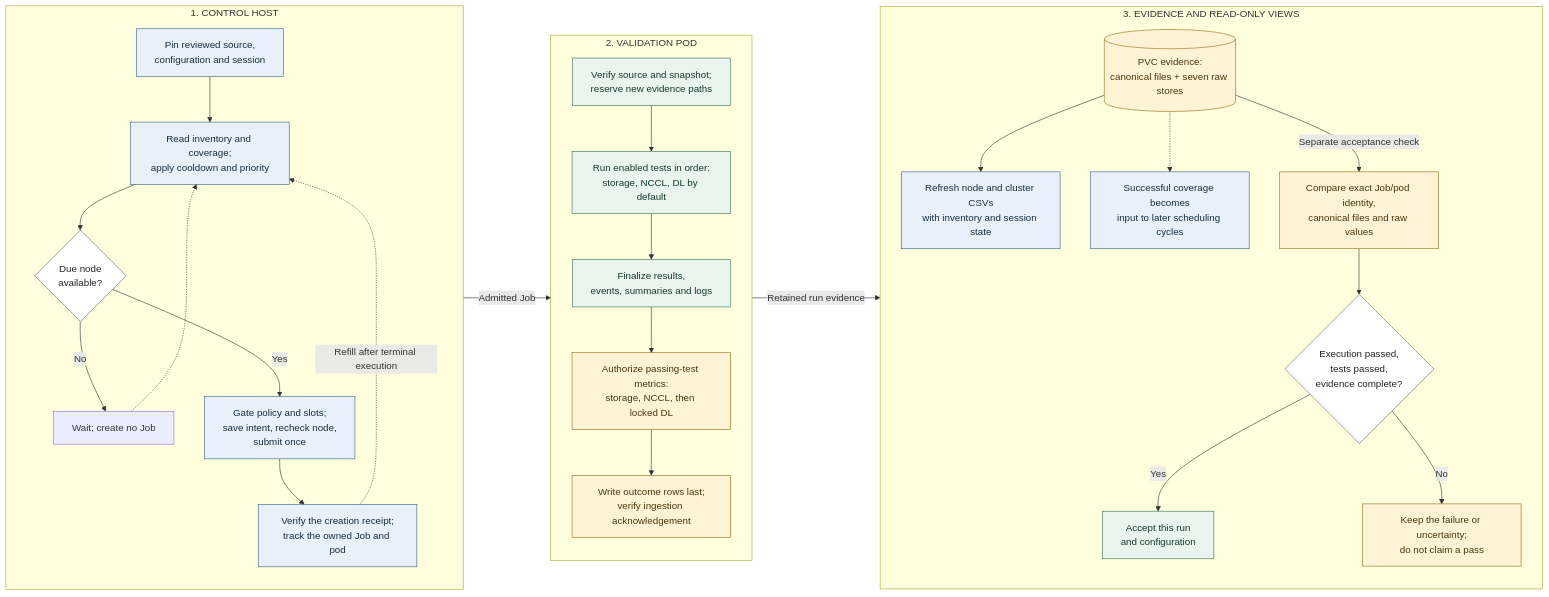
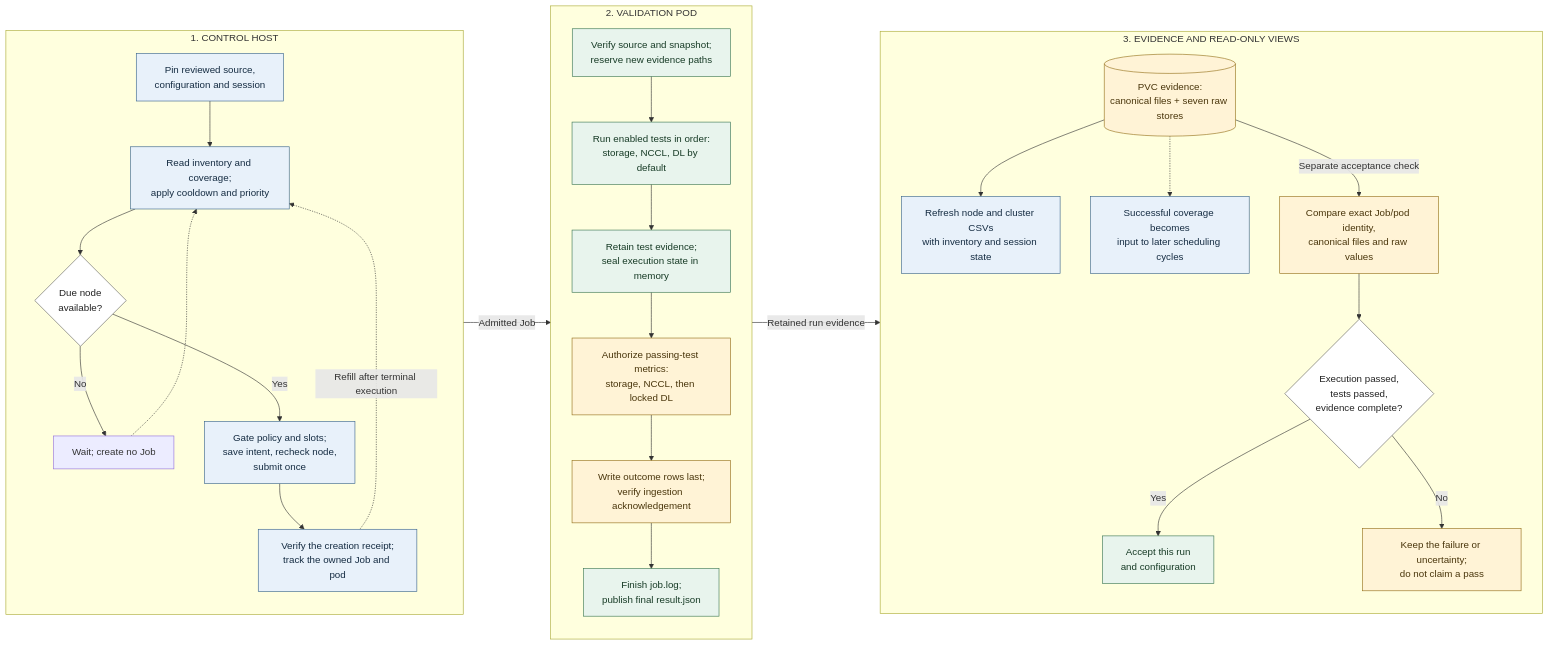
One commit to IamNirmata/c-val changed the first of 3 diagrams in docs/architecture.md. Above: the diagram before and after it, drawn with Mermaid. The commit also changed other lines of this file and 43 other files, not shown here.

Commit message:
Consolidate evidence logs and make test outputs modular

````diff
--- a/docs/architecture.md
+++ b/docs/architecture.md
@@ -22,47 +22,48 @@
 ```mermaid
 flowchart LR
    accTitle: c-val end-to-end process
    accDescr: The control host selects and admits work, a Kubernetes pod runs tests and ingestion, and retained evidence supports reporting and separate exact-run acceptance. Successful coverage feeds later scheduling; terminal tracking alone does not prove acceptance.
 
    subgraph Host["1. CONTROL HOST"]
       direction TB
       Session["Pin reviewed source,<br/>configuration and session"] --> Queue["Read inventory and coverage;<br/>apply cooldown and priority"]
       Queue --> Free{"Due node<br/>available?"}
       Free -->|No| Wait["Wait; create no Job"]
       Wait -.-> Queue
       Free -->|Yes| Admit["Gate policy and slots;<br/>save intent, recheck node,<br/>submit once"]
       Admit --> Track["Verify the creation receipt;<br/>track the owned Job and pod"]
       Track -.->|Refill after terminal execution| Queue
    end
 
    subgraph Pod["2. VALIDATION POD"]
       direction TB
       Bootstrap["Verify source and snapshot;<br/>reserve new evidence paths"] --> Tests["Run enabled tests in order:<br/>storage, NCCL, DL by default"]
-      Tests --> Result["Finalize results,<br/>events, summaries and logs"]
+      Tests --> Result["Retain test evidence;<br/>seal execution state in memory"]
       Result --> Metrics["Authorize passing-test metrics:<br/>storage, NCCL, then locked DL"]
       Metrics --> Outcomes["Write outcome rows last;<br/>verify ingestion acknowledgement"]
+      Outcomes --> Final["Finish job.log;<br/>publish final result.json"]
    end
 
    subgraph Evidence["3. EVIDENCE AND READ-ONLY VIEWS"]
       direction TB
       Raw[("PVC evidence:<br/>canonical files + seven raw stores")]
       Raw --> Report["Refresh node and cluster CSVs<br/>with inventory and session state"]
       Raw -.-> Coverage["Successful coverage becomes<br/>input to later scheduling cycles"]
       Raw -->|Separate acceptance check| Verify["Compare exact Job/pod identity,<br/>canonical files and raw values"]
       Verify --> Decision{"Execution passed,<br/>tests passed,<br/>evidence complete?"}
       Decision -->|Yes| Accepted["Accept this run<br/>and configuration"]
       Decision -->|No| Retain["Keep the failure or uncertainty;<br/>do not claim a pass"]
    end
 
    Host -->|Admitted Job| Pod
    Pod -->|Retained run evidence| Evidence
 
    classDef control fill:#e8f1fa,stroke:#37628a,color:#152c42;
    classDef workload fill:#e8f4ed,stroke:#387451,color:#173b26;
    classDef evidence fill:#fff3d6,stroke:#936e18,color:#49350b;
    classDef decision fill:#ffffff,stroke:#626262,color:#222222;
    class Session,Queue,Admit,Track,Report,Coverage control;
-   class Bootstrap,Tests,Result,Accepted workload;
+   class Bootstrap,Tests,Result,Final,Accepted workload;
    class Metrics,Outcomes,Raw,Verify,Retain evidence;
    class Free,Decision decision;
 ```
````
